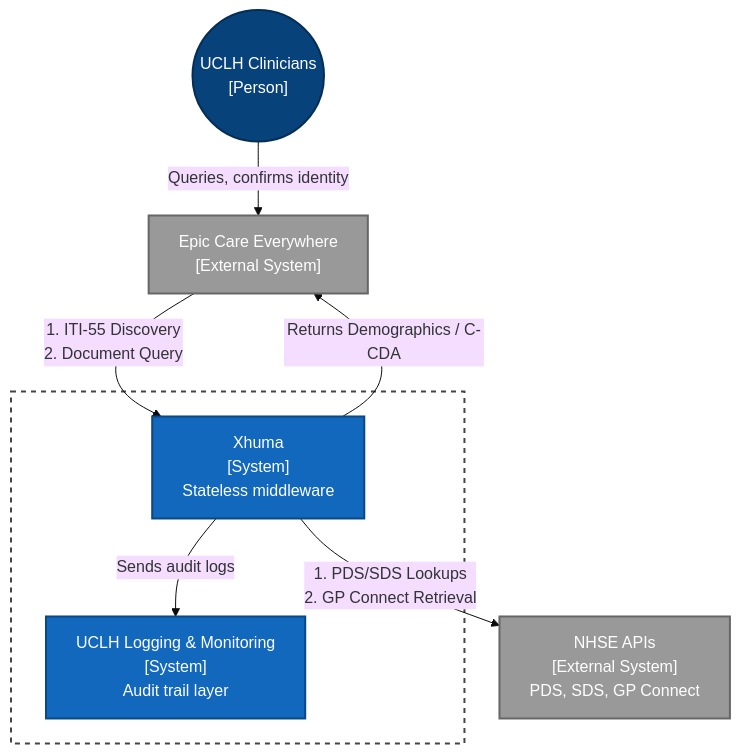
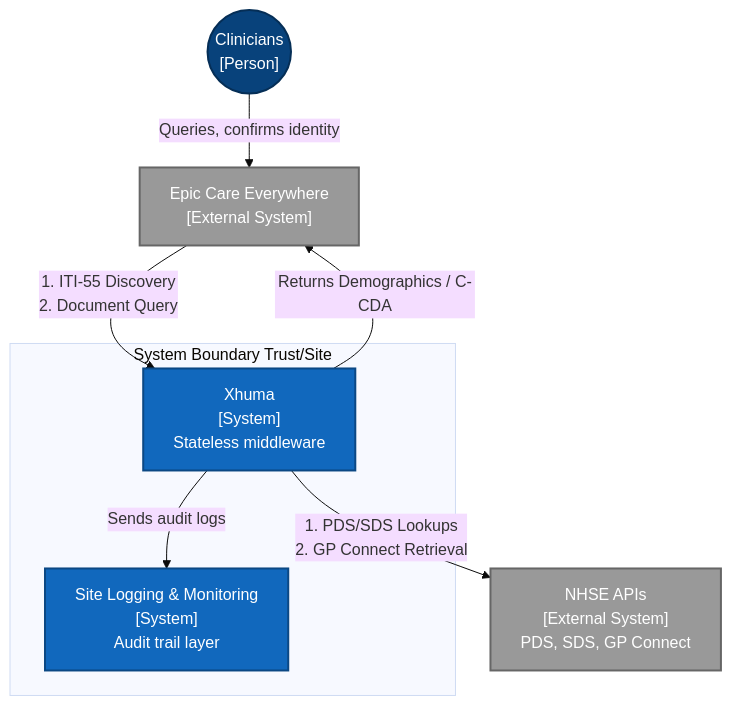
One commit to UCLH-Digital-Innovation-Hub/Xhuma changed the first of 6 diagrams in docs/technical_architecture.md. Above: the diagram before and after it, drawn with Mermaid (base theme). The commit also changed other lines of this file and 2 other files, not shown here.

Commit message:
docs: sanitise generic resource names and align technical architecture flows

````diff
--- a/docs/technical_architecture.md
+++ b/docs/technical_architecture.md
@@ -11,28 +11,28 @@
 ```mermaid
 flowchart TD
     classDef person fill:#08427b,color:#fff,stroke:#052e56,stroke-width:2px;
     classDef system fill:#1168bd,color:#fff,stroke:#0b4884,stroke-width:2px;
     classDef ext_system fill:#999,color:#fff,stroke:#666,stroke-width:2px;
     classDef boundary fill:none,color:#fff,stroke:#444,stroke-width:2px,stroke-dasharray: 5 5;
 
     %% Elements
-    Clinician(("UCLH Clinicians\n[Person]")):::person
+    Clinician(("Clinicians\n[Person]")):::person
     
     Epic["Epic Care Everywhere\n[External System]"]:::ext_system
 
-    subgraph UCLHBoundary[System Boundary UCLH]
+    subgraph TrustBoundary[System Boundary Trust/Site]
         Xhuma["Xhuma\n[System]\nStateless middleware"]:::system
-        Monitor["UCLH Logging & Monitoring\n[System]\nAudit trail layer"]:::system
+        Monitor["Site Logging & Monitoring\n[System]\nAudit trail layer"]:::system
     end
 
     NHSE["NHSE APIs\n[External System]\nPDS, SDS, GP Connect"]:::ext_system
 
     %% Relationships
     Clinician -->|Queries, confirms identity| Epic
     Epic -->|"1. ITI-55 Discovery<br>2. Document Query"| Xhuma
     Xhuma -->|"Returns Demographics / C-CDA"| Epic
     Xhuma -->|"1. PDS/SDS Lookups<br>2. GP Connect Retrieval"| NHSE
     Xhuma -->|"Sends audit logs"| Monitor
     
     class UCLHBoundary boundary;
 ```
````
